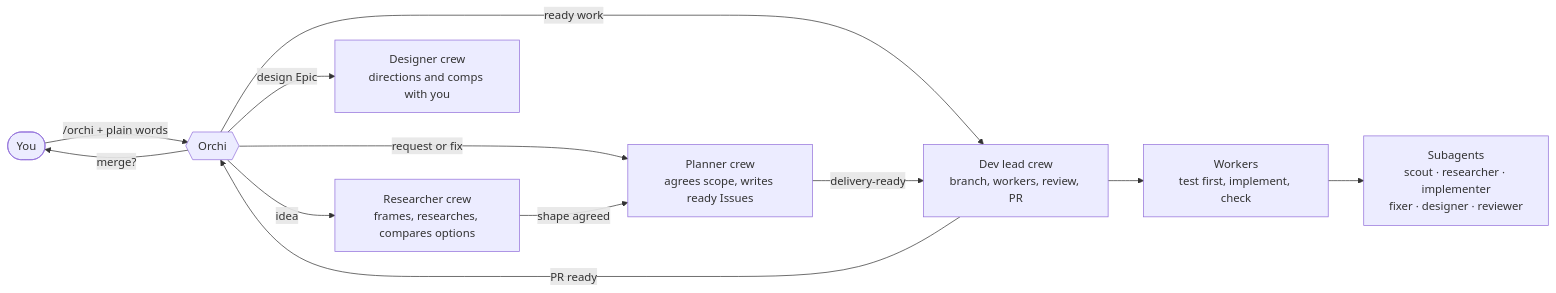
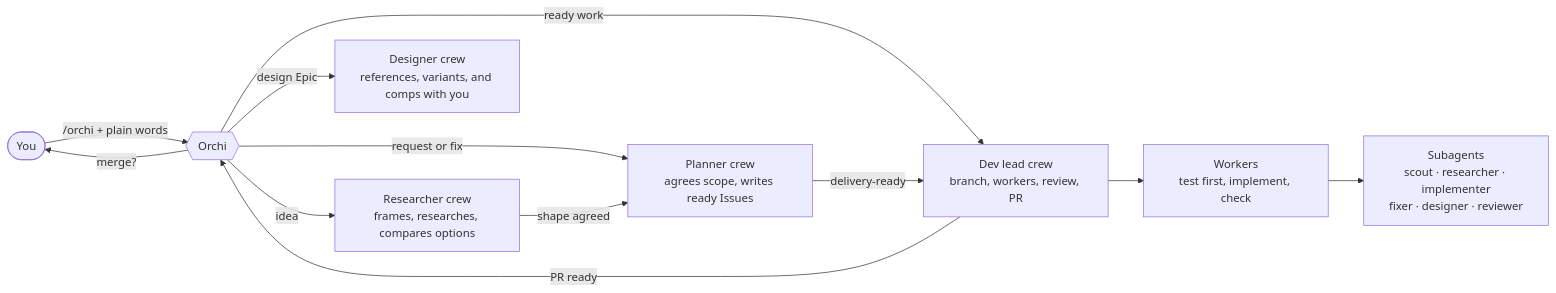
Before and after one commit to nkhus/orchi: the diagram in README.md, drawn with Mermaid. The commit also changed other lines of this file and 37 other files, not shown here.

````diff
--- a/README.md
+++ b/README.md
@@ -87,14 +87,14 @@
 ```mermaid
 flowchart LR
     U(["You"]) -->|"/orchi + plain words"| O{{"Orchi"}}
     O -->|idea| R["Researcher crew<br/>frames, researches, compares options"]
     O -->|request or fix| P["Planner crew<br/>agrees scope, writes ready Issues"]
-    O -->|design Epic| D["Designer crew<br/>directions and comps with you"]
+    O -->|design Epic| D["Designer crew<br/>references, variants, and comps with you"]
     O -->|ready work| L["Dev lead crew<br/>branch, workers, review, PR"]
     R -->|shape agreed| P
     P -->|delivery-ready| L
     L --> W["Workers<br/>test first, implement, check"]
     W --> S["Subagents<br/>scout · researcher · implementer<br/>fixer · designer · reviewer"]
     L -->|PR ready| O
     O -->|merge?| U
 ```
````
